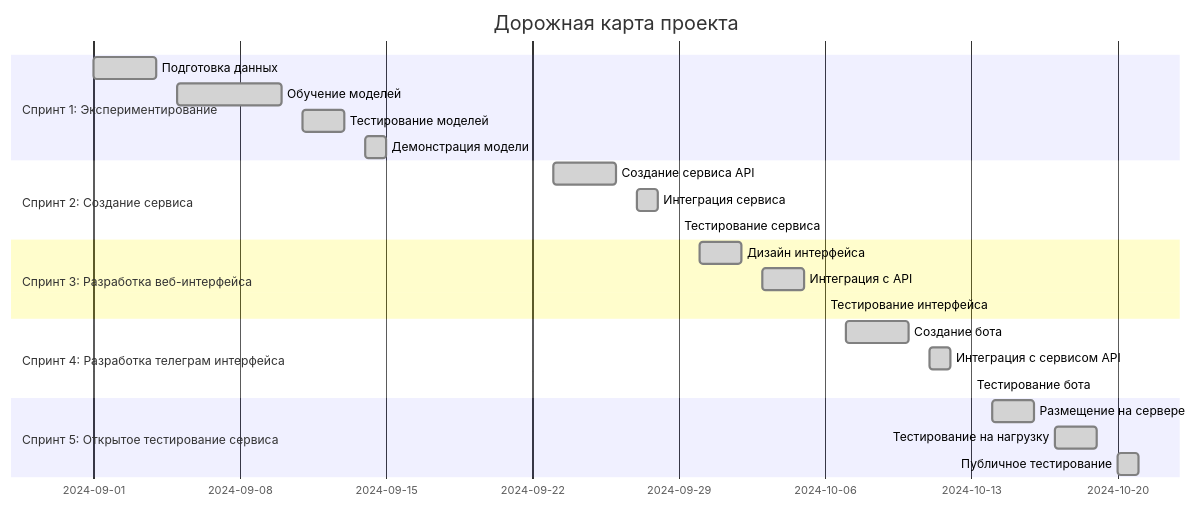
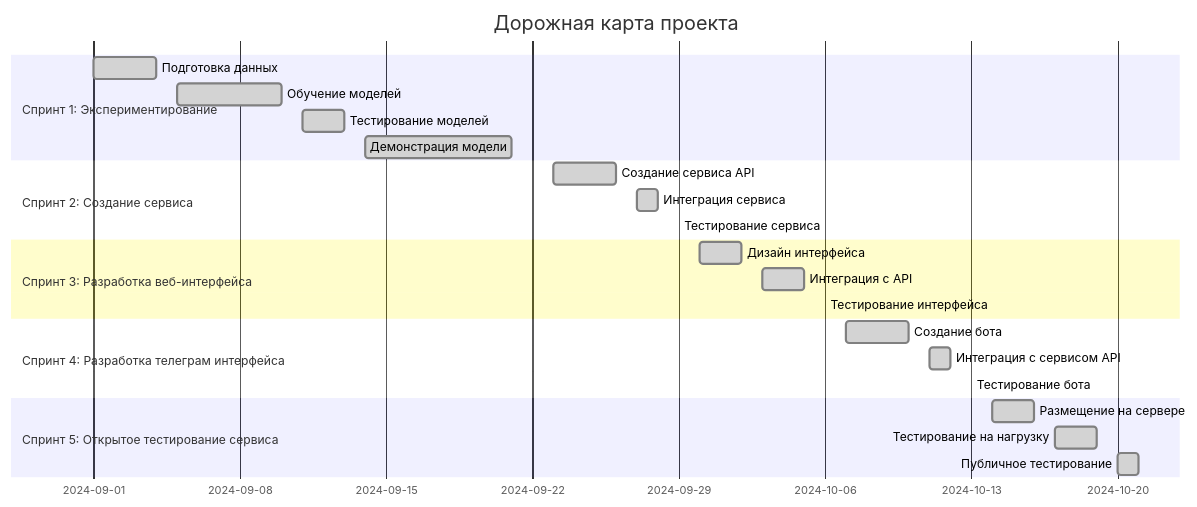
The diagram in ROADMAP.md (worker-one/real_estate_modeling), drawn with Mermaid before and after one commit.

````diff
--- a/ROADMAP.md
+++ b/ROADMAP.md
@@ -3,30 +3,30 @@
 ```mermaid
 gantt
     title Дорожная карта проекта
     dateFormat  YYYY-MM-DD
     section Спринт 1: Экспериментирование
     Подготовка данных            :done,    des1, 2024-09-01, 2024-09-04
     Обучение моделей             :done,    des2, 2024-09-05, 2024-09-10
     Тестирование моделей         :done,    des3, 2024-09-11, 2024-09-13
-    Демонстрация модели          :done,    des4, 2024-09-14, 2024-09-15
+    Демонстрация модели          :done,    des4, 2024-09-14, 2024-09-21
 
     section Спринт 2: Создание сервиса
     Создание сервиса API         :done,    des5, 2024-09-23, 2024-09-26
     Интеграция сервиса           :done,    des6, 2024-09-27, 2024-09-28
     Тестирование сервиса         :done,    des7, 2024-09-29, 2024-09-29
 
     section Спринт 3: Разработка веб-интерфейса
     Дизайн интерфейса            :done,    des8, 2024-09-30, 2024-10-02
     Интеграция с API             :done,    des9, 2024-10-03, 2024-10-05
     Тестирование интерфейса      :done,    des10, 2024-10-06, 2024-10-06
 
     section Спринт 4: Разработка телеграм интерфейса
     Создание бота                :done,    des11, 2024-10-07, 2024-10-10
     Интеграция с сервисом API    :done,    des12, 2024-10-11, 2024-10-12
     Тестирование бота            :done,    des13, 2024-10-13, 2024-10-13
 
     section Спринт 5: Открытое тестирование сервиса
     Размещение на сервере        :done,    des14, 2024-10-14, 2024-10-16
     Тестирование на нагрузку     :done,    des15, 2024-10-17, 2024-10-19
     Публичное тестирование       :done,    des16, 2024-10-20, 2024-10-21
 ```
````
